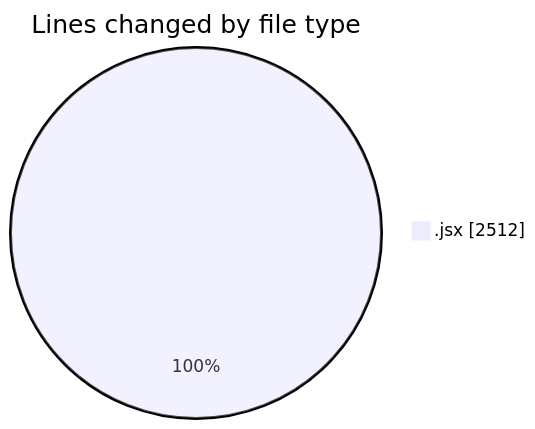
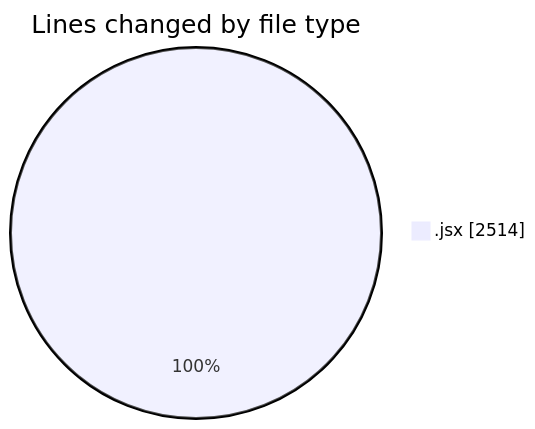
The first of 2 diagrams in 2026-01-12/nxtqube_webapp/README.md (nxtqubesakshisongat/code-tracking), drawn with Mermaid before and after one commit. The commit also changed other lines of this file and 1 other file, not shown here.

````diff
--- a/2026-01-12/nxtqube_webapp/README.md
+++ b/2026-01-12/nxtqube_webapp/README.md
@@ -24,5 +24,5 @@
 ```mermaid
 pie showData
 title Lines changed by file type
-".jsx" : 2512
+".jsx" : 2514
 ```
````
